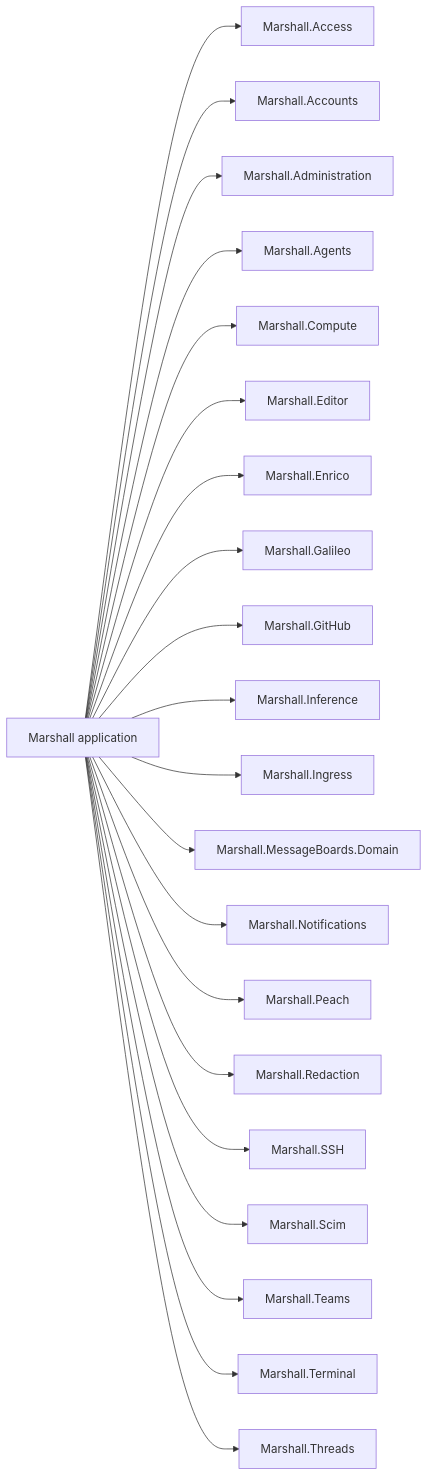
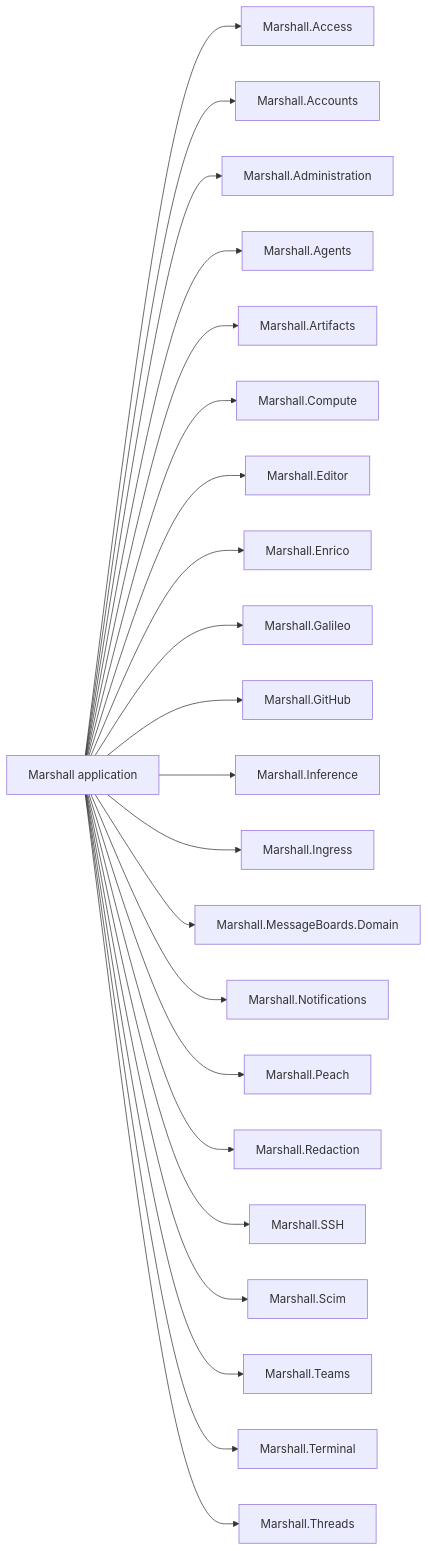
The sixth of 9 diagrams in marshall/priv/hldd/21-domains.md (dlkeith-p-forks/overalls), drawn with Mermaid before and after one commit. The commit also changed other lines of this file and 706 other files, not shown here.

````diff
--- a/marshall/priv/hldd/21-domains.md
+++ b/marshall/priv/hldd/21-domains.md
@@ -174,24 +203,25 @@
 ```mermaid
 flowchart LR
   app["Marshall application"]
   app --> d0["Marshall.Access"]
   app --> d1["Marshall.Accounts"]
   app --> d2["Marshall.Administration"]
   app --> d3["Marshall.Agents"]
-  app --> d4["Marshall.Compute"]
-  app --> d5["Marshall.Editor"]
-  app --> d6["Marshall.Enrico"]
-  app --> d7["Marshall.Galileo"]
-  app --> d8["Marshall.GitHub"]
-  app --> d9["Marshall.Inference"]
-  app --> d10["Marshall.Ingress"]
-  app --> d11["Marshall.MessageBoards.Domain"]
-  app --> d12["Marshall.Notifications"]
-  app --> d13["Marshall.Peach"]
-  app --> d14["Marshall.Redaction"]
-  app --> d15["Marshall.SSH"]
-  app --> d16["Marshall.Scim"]
-  app --> d17["Marshall.Teams"]
-  app --> d18["Marshall.Terminal"]
-  app --> d19["Marshall.Threads"]
+  app --> d4["Marshall.Artifacts"]
+  app --> d5["Marshall.Compute"]
+  app --> d6["Marshall.Editor"]
+  app --> d7["Marshall.Enrico"]
+  app --> d8["Marshall.Galileo"]
+  app --> d9["Marshall.GitHub"]
+  app --> d10["Marshall.Inference"]
+  app --> d11["Marshall.Ingress"]
+  app --> d12["Marshall.MessageBoards.Domain"]
+  app --> d13["Marshall.Notifications"]
+  app --> d14["Marshall.Peach"]
+  app --> d15["Marshall.Redaction"]
+  app --> d16["Marshall.SSH"]
+  app --> d17["Marshall.Scim"]
+  app --> d18["Marshall.Teams"]
+  app --> d19["Marshall.Terminal"]
+  app --> d20["Marshall.Threads"]
 ```
````
